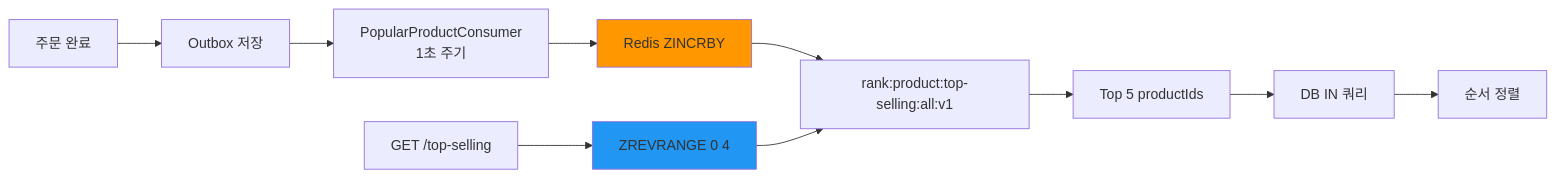
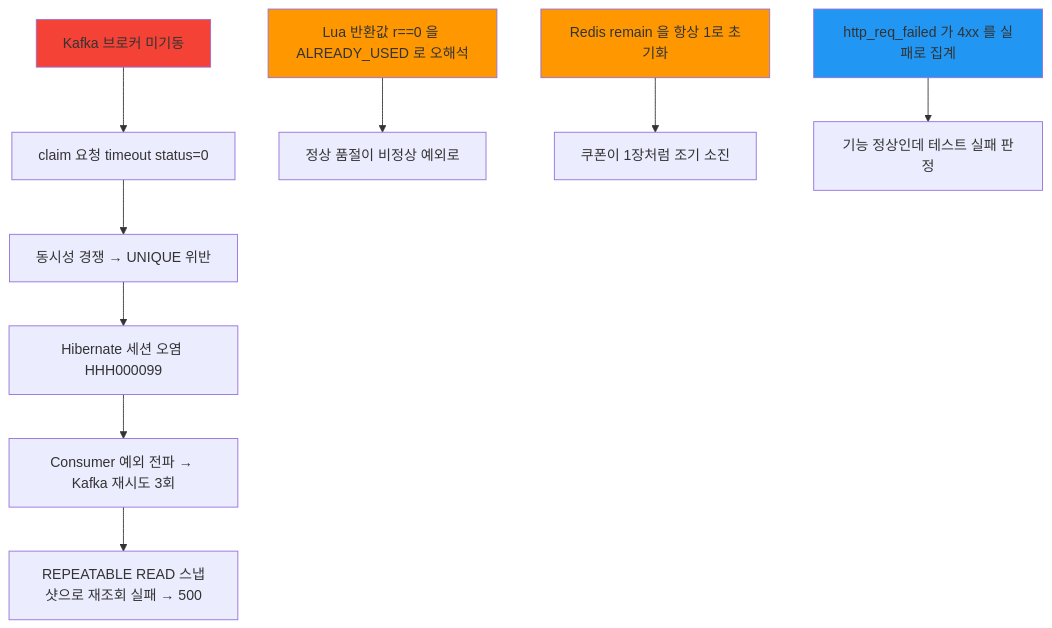
One commit to SeoBYP/server-setup-java changed the fourth of 6 diagrams in README.md. Above: the diagram before and after it, drawn with Mermaid. The commit also changed other lines of this file and 2 other files, not shown here.

First line of the commit message:
README를 부하 테스트 측정 기반으로 재작성 + Swagger 화면/측정 원본 첨부

````diff
--- a/README.md
+++ b/README.md
@@ -287,16 +361,17 @@
 ```mermaid
-graph LR
-    A[주문 완료] --> B[Outbox 저장]
-    B --> C[PopularProductConsumer<br/>1초 주기]
-    C --> D[Redis ZINCRBY]
-    D --> E[rank:product:top-selling:all:v1]
-    
-    F[GET /top-selling] --> G[ZREVRANGE 0 4]
-    G --> E
-    E --> H[Top 5 productIds]
-    H --> I[DB IN 쿼리]
-    I --> J[순서 정렬]
-    
-    style D fill:#ff9800
-    style G fill:#2196f3
+flowchart TD
+    A[Kafka 브로커 미기동] --> B[claim 요청 timeout status=0]
+    B --> C[동시성 경쟁 → UNIQUE 위반]
+    C --> D[Hibernate 세션 오염 HHH000099]
+    D --> E[Consumer 예외 전파 → Kafka 재시도 3회]
+    E --> F[REPEATABLE READ 스냅샷으로 재조회 실패 → 500]
+
+    G["Lua 반환값 r==0 을 ALREADY_USED 로 오해석"] --> H[정상 품절이 비정상 예외로]
+    I[Redis remain 을 항상 1로 초기화] --> J[쿠폰이 1장처럼 조기 소진]
+    K[http_req_failed 가 4xx 를 실패로 집계] --> L[기능 정상인데 테스트 실패 판정]
+
+    style A fill:#f44336
+    style G fill:#ff9800
+    style I fill:#ff9800
+    style K fill:#2196f3
 ```
````
